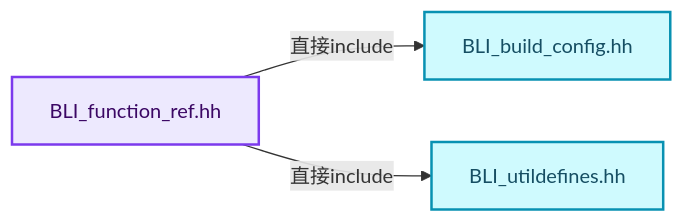
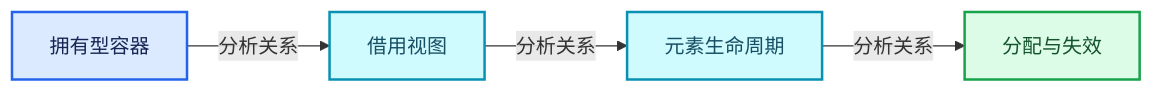
The third of 4 diagrams in 杂/markdown/全面学习-codex/01-基础容器与现代CPP/16-FunctionRef非拥有回调.md (yunkezengren/blender-.vscode), drawn with Mermaid before and after one commit. The commit also changed other lines of this file and 1930 other files, not shown here.

````diff
--- a/杂/markdown/全面学习-codex/01-基础容器与现代CPP/16-FunctionRef非拥有回调.md
+++ b/杂/markdown/全面学习-codex/01-基础容器与现代CPP/16-FunctionRef非拥有回调.md
@@ -85,14 +62,16 @@
 ```mermaid
 flowchart LR
-  S["BLI_function_ref.hh"]:::abstraction
-  I0["BLI_build_config.hh"]:::data
-  I1["BLI_utildefines.hh"]:::data
-  S -->|"直接include"| I0
-  S -->|"直接include"| I1
+  P0["拥有型容器"]:::input
+  P1["借用视图"]:::data
+  P2["元素生命周期"]:::data
+  P3["分配与失效"]:::result
+  P0 -->|"分析关系"| P1
+  P1 -->|"分析关系"| P2
+  P2 -->|"分析关系"| P3
   classDef input fill:#DBEAFE,stroke:#2563EB,color:#172554,stroke-width:2px;
   classDef data fill:#CFFAFE,stroke:#0891B2,color:#164E63,stroke-width:2px;
   classDef abstraction fill:#EDE9FE,stroke:#7C3AED,color:#3B0764,stroke-width:2px;
   classDef compute fill:#FEF3C7,stroke:#D97706,color:#78350F,stroke-width:2px;
   classDef result fill:#DCFCE7,stroke:#16A34A,color:#14532D,stroke-width:2px;
   classDef error fill:#FEE2E2,stroke:#DC2626,color:#7F1D1D,stroke-width:2px;
 ```
````
